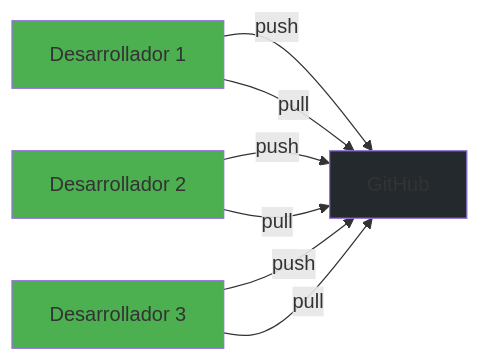
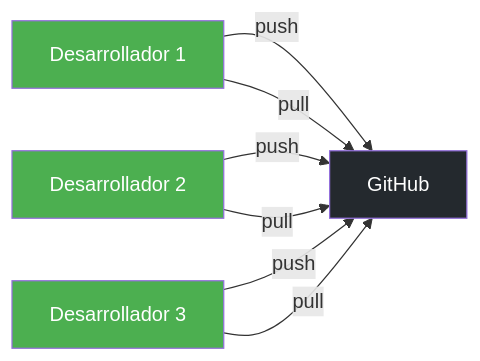
Before and after one commit to joseluisgs/DesarrolloWebEntornosServidor-01-2026-2027: the fifth of 10 diagrams in csharp_inicial/01-ControlVersiones.md, drawn with Mermaid. The commit also changed other lines of this file and 66 other files, not shown here.

First line of the commit message:
fix: normalizar titulos al castellano de frase y corregir la paleta de mermaid

````diff
--- a/csharp_inicial/01-ControlVersiones.md
+++ b/csharp_inicial/01-ControlVersiones.md
@@ -124,14 +124,14 @@
 ```mermaid
 graph LR
     A["Desarrollador 1"] -->|push| G["GitHub"]
     A -->|pull| G
     B["Desarrollador 2"] -->|push| G
     B -->|pull| G
     C["Desarrollador 3"] -->|push| G
     C -->|pull| G
     
-    style G fill:#24292e
-    style A fill:#4CAF50
-    style B fill:#4CAF50
-    style C fill:#4CAF50
+    style G fill:#24292e,color:#fff
+    style A fill:#4CAF50,color:#fff
+    style B fill:#4CAF50,color:#fff
+    style C fill:#4CAF50,color:#fff
 ```
````
